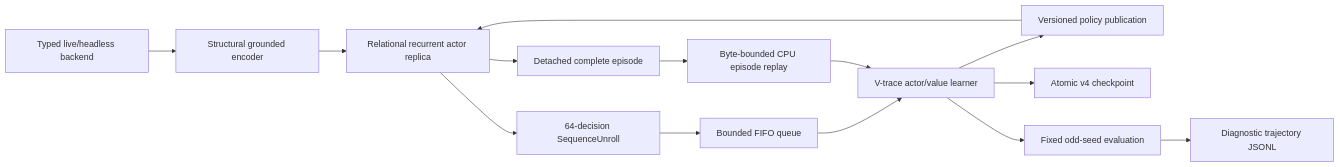
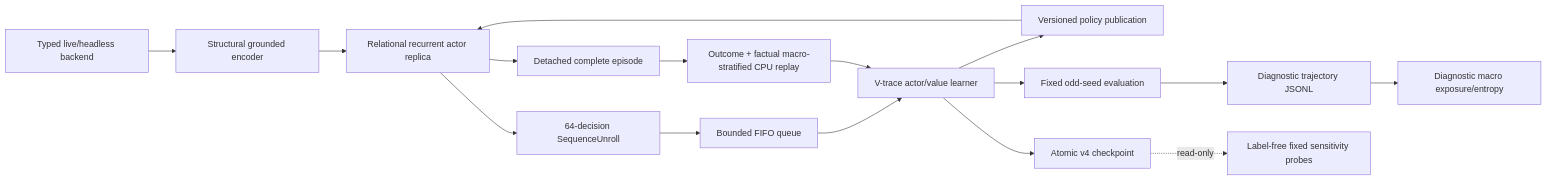
Before and after one commit to Yidhar/sts2-mcp: the diagram in docs/rl-grounded-baseline.md, drawn with Mermaid. The commit also changed other lines of this file and 28 other files, not shown here.

````diff
--- a/docs/rl-grounded-baseline.md
+++ b/docs/rl-grounded-baseline.md
@@ -19,16 +23,18 @@
 ```mermaid
 flowchart LR
     Env["Typed live/headless backend"] --> Encoder["Structural grounded encoder"]
     Encoder --> Actor["Relational recurrent actor replica"]
     Actor --> Unroll["64-decision SequenceUnroll"]
     Unroll --> Queue["Bounded FIFO queue"]
     Queue --> Learner["V-trace actor/value learner"]
     Actor --> Episode["Detached complete episode"]
-    Episode --> EpisodeReplay["Byte-bounded CPU episode replay"]
+    Episode --> EpisodeReplay["Outcome + factual macro-stratified CPU replay"]
     EpisodeReplay --> Learner
     Learner --> Publish["Versioned policy publication"]
     Publish --> Actor
     Learner --> Checkpoint["Atomic v4 checkpoint"]
     Learner --> Eval["Fixed odd-seed evaluation"]
     Eval --> Journal["Diagnostic trajectory JSONL"]
+    Journal --> MacroTelemetry["Diagnostic macro exposure/entropy"]
+    Checkpoint -. read-only .-> MacroProbe["Label-free fixed sensitivity probes"]
 ```
````
